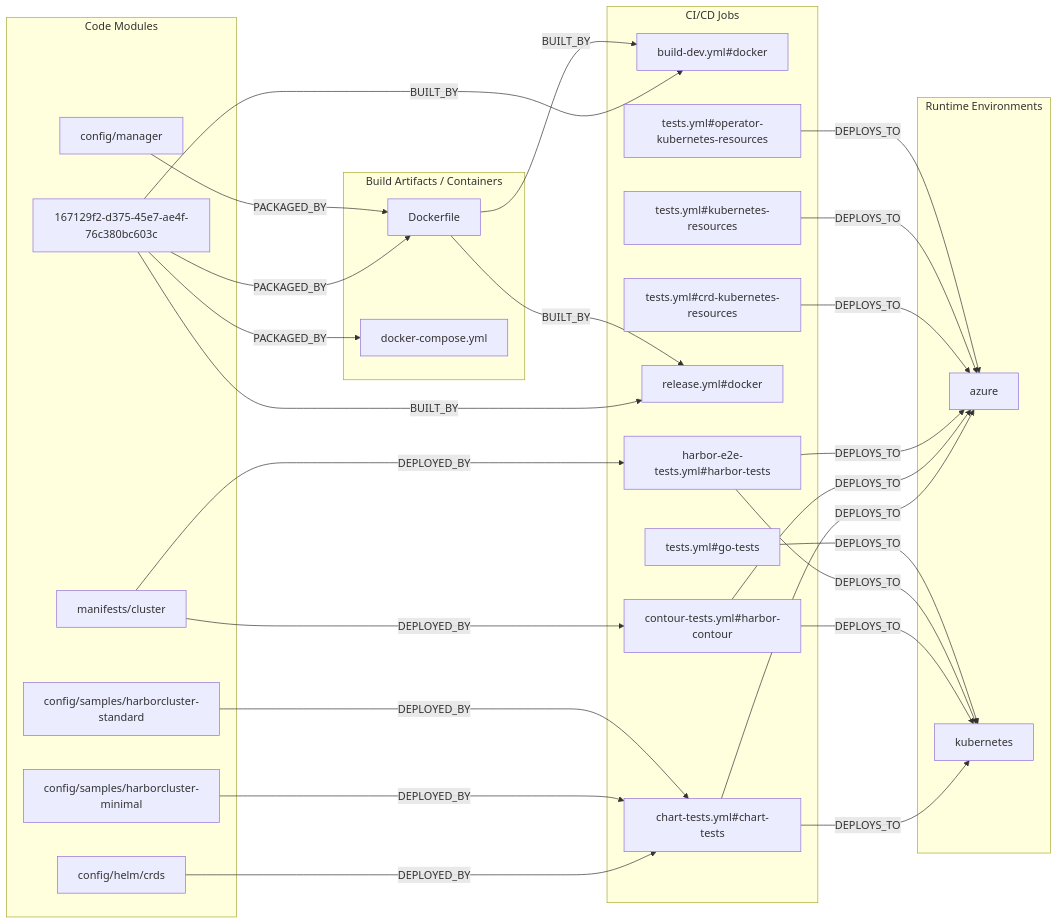
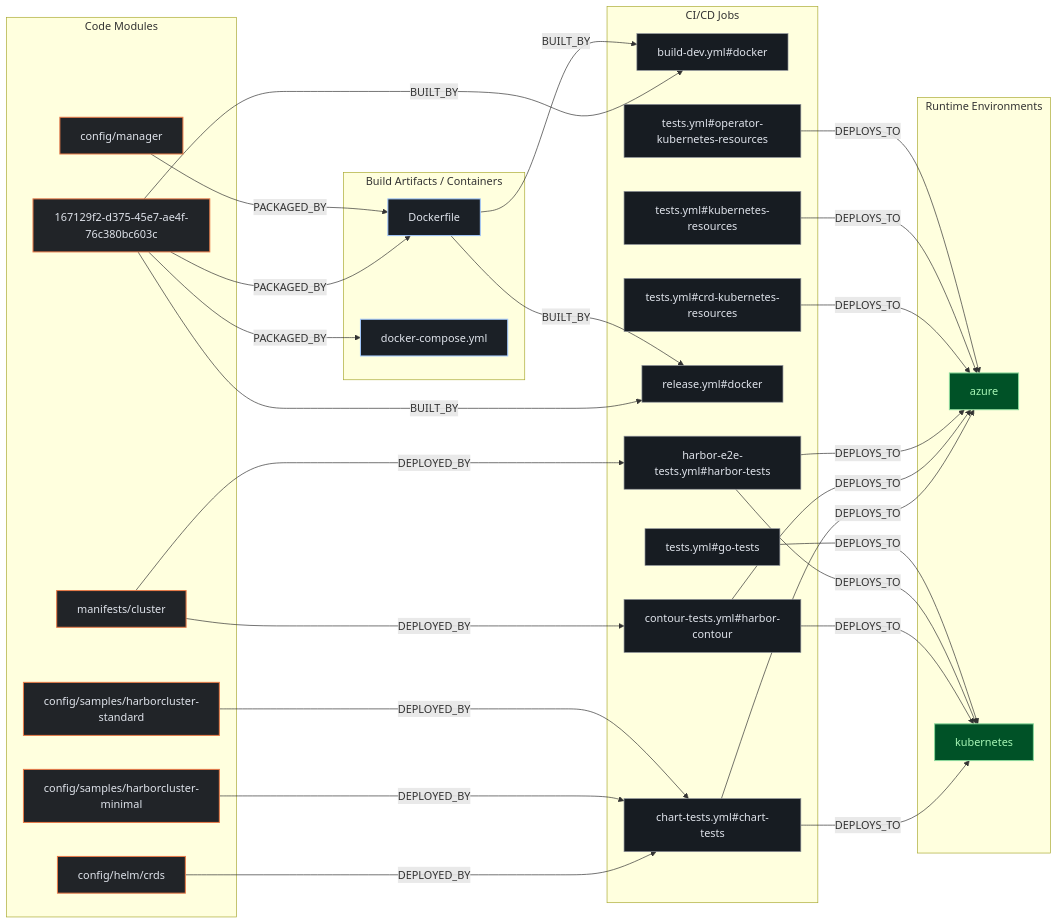
The second of 3 diagrams in exports/latest/reports/goharbor-harbor-operator-report.md (kumarshaz/atruss-code-atlas), drawn with Mermaid before and after one commit. The commit also changed other lines of this file and 331 other files, not shown here.

Commit message:
docs,ui,fix: update SDLC docs, reorder CI/CD DAG first, stylize Mermaid, and fix Arc42 pipeline topology

````diff
--- a/exports/latest/reports/goharbor-harbor-operator-report.md
+++ b/exports/latest/reports/goharbor-harbor-operator-report.md
@@ -218,52 +225,56 @@
 ```mermaid
 flowchart LR
+    classDef atlasCategory fill:#212428,stroke:#E87A48,stroke-width:1.5px,color:#dfe3eb
+    classDef atlasWorkflow fill:#1b2026,stroke:#a3c9ff,stroke-width:1.5px,color:#dfe3eb
+    classDef atlasJob fill:#171c22,stroke:#8d9199,stroke-width:1px,color:#dfe3eb
+    classDef atlasTarget fill:#005227,stroke:#8bd99b,stroke-width:1.5px,color:#a7f6b6
     subgraph code_modules["Code Modules"]
-        mod_167129f2_d375_45e7_ae4f_76c380bc603c["167129f2-d375-45e7-ae4f-76c380bc603c"]
-        mod_config_helm_crds["config/helm/crds"]
-        mod_config_manager["config/manager"]
-        mod_config_samples_harborcluster_minimal["config/samples/harborcluster-minimal"]
-        mod_config_samples_harborcluster_standard["config/samples/harborcluster-standard"]
-        mod_manifests_cluster["manifests/cluster"]
+        mod_167129f2_d375_45e7_ae4f_76c380bc603c["167129f2-d375-45e7-ae4f-76c380bc603c"]:::atlasCategory
+        mod_config_helm_crds["config/helm/crds"]:::atlasCategory
+        mod_config_manager["config/manager"]:::atlasCategory
+        mod_config_samples_harborcluster_minimal["config/samples/harborcluster-minimal"]:::atlasCategory
+        mod_config_samples_harborcluster_standard["config/samples/harborcluster-standard"]:::atlasCategory
+        mod_manifests_cluster["manifests/cluster"]:::atlasCategory
     end
     subgraph build_artifacts["Build Artifacts / Containers"]
-        art_Dockerfile["Dockerfile"]
-        art_docker_compose_yml["docker-compose.yml"]
+        art_Dockerfile["Dockerfile"]:::atlasWorkflow
+        art_docker_compose_yml["docker-compose.yml"]:::atlasWorkflow
     end
     subgraph ci_jobs["CI/CD Jobs"]
-        job_build_dev_yml_docker["build-dev.yml#docker"]
-        job_chart_tests_yml_chart_tests["chart-tests.yml#chart-tests"]
-        job_contour_tests_yml_harbor_contour["contour-tests.yml#harbor-contour"]
-        job_harbor_e2e_tests_yml_harbor_tests["harbor-e2e-tests.yml#harbor-tests"]
-        job_release_yml_docker["release.yml#docker"]
-        job_tests_yml_crd_kubernetes_resources["tests.yml#crd-kubernetes-resources"]
-        job_tests_yml_go_tests["tests.yml#go-tests"]
-        job_tests_yml_kubernetes_resources["tests.yml#kubernetes-resources"]
-        job_tests_yml_operator_kubernetes_resources["tests.yml#operator-kubernetes-resources"]
+        job_build_dev_yml_docker["build-dev.yml#docker"]:::atlasJob
+        job_chart_tests_yml_chart_tests["chart-tests.yml#chart-tests"]:::atlasJob
+        job_contour_tests_yml_harbor_contour["contour-tests.yml#harbor-contour"]:::atlasJob
+        job_harbor_e2e_tests_yml_harbor_tests["harbor-e2e-tests.yml#harbor-tests"]:::atlasJob
+        job_release_yml_docker["release.yml#docker"]:::atlasJob
+        job_tests_yml_crd_kubernetes_resources["tests.yml#crd-kubernetes-resources"]:::atlasJob
+        job_tests_yml_go_tests["tests.yml#go-tests"]:::atlasJob
+        job_tests_yml_kubernetes_resources["tests.yml#kubernetes-resources"]:::atlasJob
+        job_tests_yml_operator_kubernetes_resources["tests.yml#operator-kubernetes-resources"]:::atlasJob
     end
     subgraph runtime_envs["Runtime Environments"]
-        env_azure["azure"]
-        env_kubernetes["kubernetes"]
+        env_azure["azure"]:::atlasTarget
+        env_kubernetes["kubernetes"]:::atlasTarget
     end
     job_chart_tests_yml_chart_tests -->|DEPLOYS_TO| env_azure
     job_chart_tests_yml_chart_tests -->|DEPLOYS_TO| env_kubernetes
     job_contour_tests_yml_harbor_contour -->|DEPLOYS_TO| env_azure
     job_contour_tests_yml_harbor_contour -->|DEPLOYS_TO| env_kubernetes
     job_harbor_e2e_tests_yml_harbor_tests -->|DEPLOYS_TO| env_azure
     job_harbor_e2e_tests_yml_harbor_tests -->|DEPLOYS_TO| env_kubernetes
     job_tests_yml_crd_kubernetes_resources -->|DEPLOYS_TO| env_azure
     job_tests_yml_go_tests -->|DEPLOYS_TO| env_kubernetes
     job_tests_yml_kubernetes_resources -->|DEPLOYS_TO| env_azure
     job_tests_yml_operator_kubernetes_resources -->|DEPLOYS_TO| env_azure
     mod_167129f2_d375_45e7_ae4f_76c380bc603c -->|BUILT_BY| job_build_dev_yml_docker
     mod_167129f2_d375_45e7_ae4f_76c380bc603c -->|BUILT_BY| job_release_yml_docker
     mod_167129f2_d375_45e7_ae4f_76c380bc603c -->|PACKAGED_BY| art_Dockerfile
     mod_167129f2_d375_45e7_ae4f_76c380bc603c -->|PACKAGED_BY| art_docker_compose_yml
     mod_config_helm_crds -->|DEPLOYED_BY| job_chart_tests_yml_chart_tests
     mod_config_manager -->|PACKAGED_BY| art_Dockerfile
     mod_config_samples_harborcluster_minimal -->|DEPLOYED_BY| job_chart_tests_yml_chart_tests
     mod_config_samples_harborcluster_standard -->|DEPLOYED_BY| job_chart_tests_yml_chart_tests
     mod_manifests_cluster -->|DEPLOYED_BY| job_contour_tests_yml_harbor_contour
     mod_manifests_cluster -->|DEPLOYED_BY| job_harbor_e2e_tests_yml_harbor_tests
     art_Dockerfile -->|BUILT_BY| job_build_dev_yml_docker
     art_Dockerfile -->|BUILT_BY| job_release_yml_docker
 ```
````
